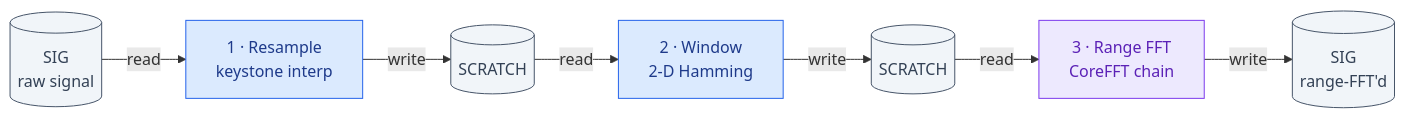
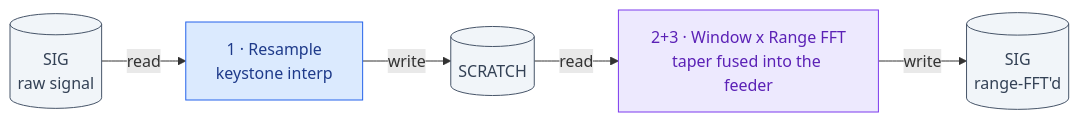
Before and after one commit to futureproofbear/mpfs250t-sar-ifp: the first of 3 diagrams in docs/fpga/SAR_ARCHITECTURE_REPORT.md, drawn with Mermaid. The commit also changed other lines of this file and 18 other files, not shown here.

````diff
--- a/docs/fpga/SAR_ARCHITECTURE_REPORT.md
+++ b/docs/fpga/SAR_ARCHITECTURE_REPORT.md
@@ -53,15 +53,13 @@
 ```mermaid
 flowchart LR
   SIG0[("SIG<br/>raw signal")] -->|read| R["1 · Resample<br/>keystone interp"]
   R -->|write| SCR1[("SCRATCH")]
-  SCR1 -->|read| W["2 · Window<br/>2-D Hamming"]
-  W -->|write| SCR2[("SCRATCH")]
-  SCR2 -->|read| RF["3 · Range FFT<br/>CoreFFT chain"]
+  SCR1 -->|read| RF["2+3 · Window x Range FFT<br/>taper fused into the feeder"]
   RF -->|write| SIG1[("SIG<br/>range-FFT'd")]
   classDef ddr fill:#f1f5f9,stroke:#475569,color:#334155;
   classDef fab fill:#dbeafe,stroke:#2563eb,color:#1e3a8a;
   classDef ip fill:#ede9fe,stroke:#7c3aed,color:#5b21b6;
-  class SIG0,SCR1,SCR2,SIG1 ddr;
-  class R,W fab;
+  class SIG0,SCR1,SIG1 ddr;
+  class R fab;
   class RF ip;
 ```
````
